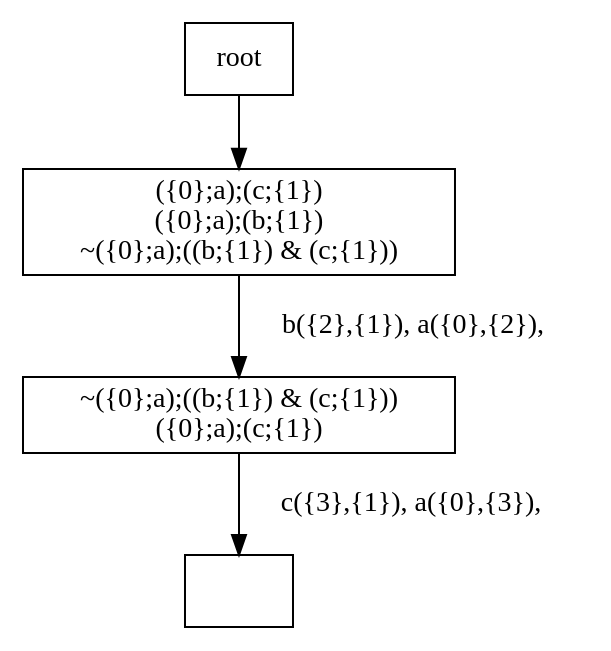
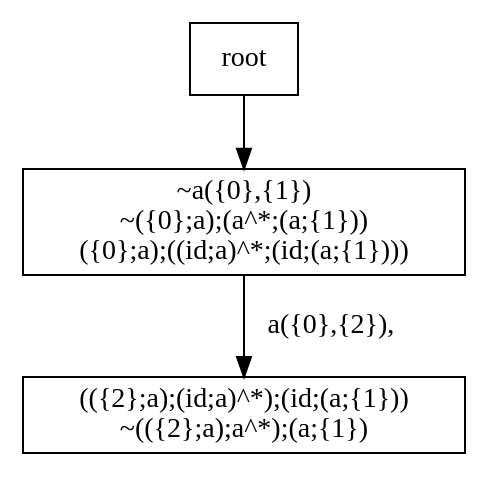
Before and after one commit to jangreen/rat: the diagram in output/regular-debug.dot, drawn with Graphviz. The commit also changed 22 other files, not shown here.

```diff
--- a/output/regular-debug.dot
+++ b/output/regular-debug.dot
@@ -1,16 +1,13 @@
 digraph {
 node[shape="box"]
-N0x158f05080[label="({0};a);(c;{1})
-({0};a);(b;{1})
-~({0};a);((b;{1}) & (c;{1}))
+N0x12f622350[label="~a({0},{1})
+~({0};a);(a^*;(a;{1}))
+({0};a);((id;a)^*;(id;(a;{1})))
 "];
-N0x158f05080 -> N0x158f09a80[label="b({2},{1}), a({0},{2}), 
+N0x12f622350 -> N0x12f70ff40[label="a({0},{2}), 
 "];
-N0x158f09a80[label="~({0};a);((b;{1}) & (c;{1}))
-({0};a);(c;{1})
+N0x12f70ff40[label="(({2};a);(id;a)^*);(id;(a;{1}))
+~(({2};a);a^*);(a;{1})
 "];
-N0x158f09a80 -> N0x158f07400[label="c({3},{1}), a({0},{3}), 
-"];
-N0x158f07400[label=""];
-root -> N0x158f05080;
+root -> N0x12f622350;
 }
```
